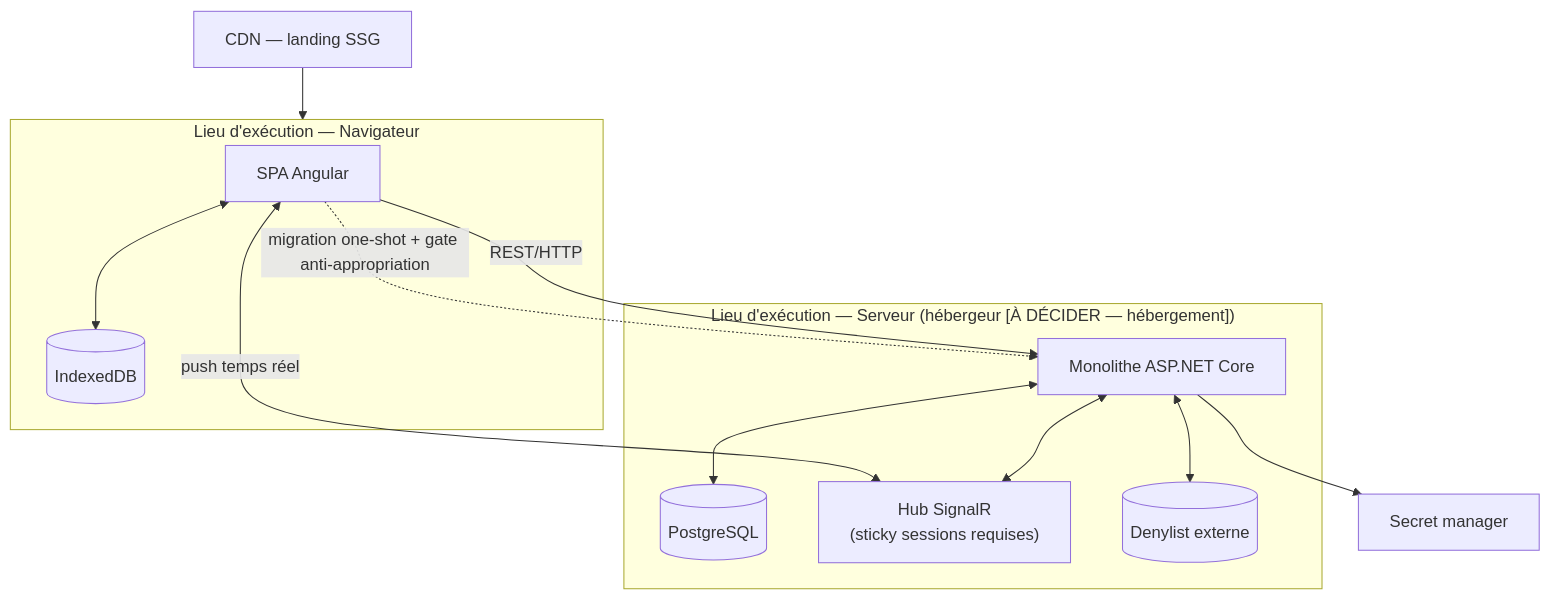
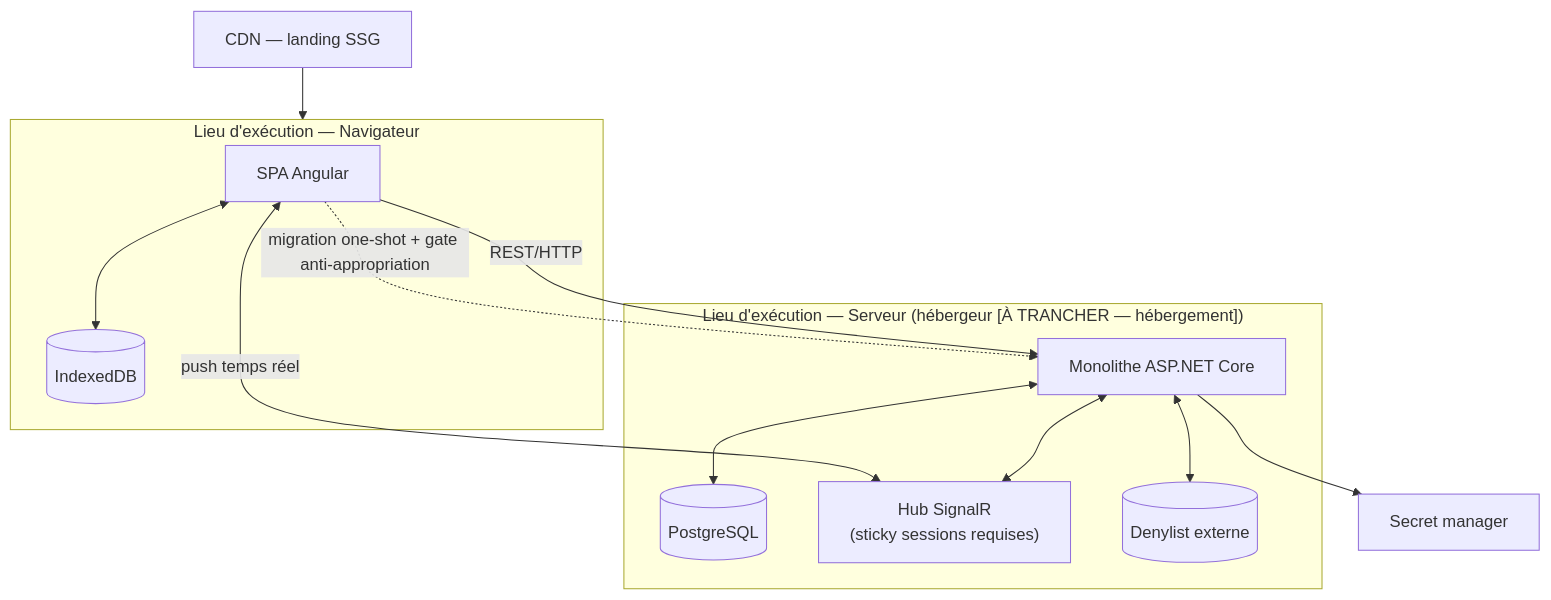
One commit to 2025-10-CDA-ECO-P6/PM-micro-saas changed the fourth of 4 diagrams in docs/reference/dossier-architecture.md. Above: the diagram before and after it, drawn with Mermaid. The commit also changed other lines of this file, not shown here.

First line of the commit message:
docs(documentation-lisible): aligne les marqueurs du dossier d'architecture sur l'ADR-019

````diff
--- a/docs/reference/dossier-architecture.md
+++ b/docs/reference/dossier-architecture.md
@@ -254,28 +254,28 @@
 ```mermaid
 graph TD
     subgraph Navigateur["Lieu d'exécution — Navigateur"]
         SPA["SPA Angular"]
         IDB[("IndexedDB")]
         SPA <--> IDB
     end
 
     CDN["CDN — landing SSG"]
 
-    subgraph Serveur["Lieu d'exécution — Serveur (hébergeur [À DÉCIDER — hébergement])"]
+    subgraph Serveur["Lieu d'exécution — Serveur (hébergeur [À TRANCHER — hébergement])"]
         MONO["Monolithe ASP.NET Core"]
         PG[("PostgreSQL")]
         HUB["Hub SignalR<br/>(sticky sessions requises)"]
         DENY[("Denylist externe")]
         MONO <--> PG
         MONO <--> HUB
         MONO <--> DENY
     end
 
     SECRETS["Secret manager"]
 
     SPA -->|"REST/HTTP"| MONO
     SPA <-->|"push temps réel"| HUB
     SPA -.->|"migration one-shot + gate anti-appropriation"| MONO
     MONO --> SECRETS
     CDN --> Navigateur
 ```
````
